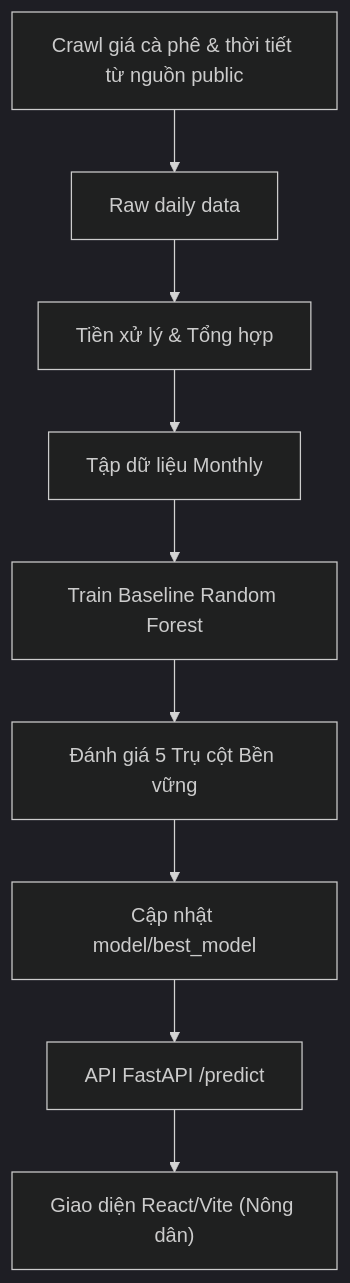
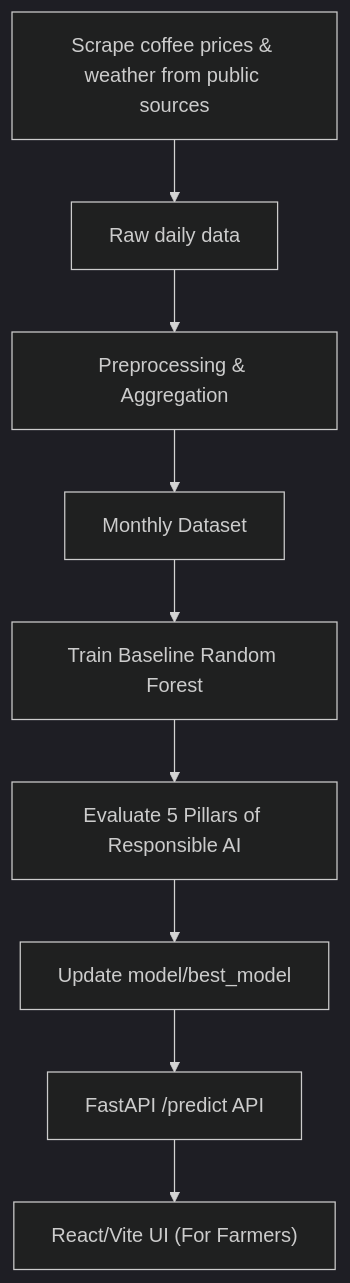
Before and after one commit to uit-25730067-chithanh/AI002-Team22-DT10: the diagram in README.md, drawn with Mermaid (dark theme). The commit also changed other lines of this file and 1 other file, not shown here.

````diff
--- a/README.md
+++ b/README.md
@@ -196,14 +205,14 @@
 ```mermaid
 flowchart TD
-    A["Crawl giá cà phê & thời tiết từ nguồn public"] --> B["Raw daily data"]
+    A["Scrape coffee prices & weather from public sources"] --> B["Raw daily data"]
 
-    B --> G["Tiền xử lý & Tổng hợp"]
+    B --> G["Preprocessing & Aggregation"]
 
-    G --> I["Tập dữ liệu Monthly"]
+    G --> I["Monthly Dataset"]
     I --> M["Train Baseline Random Forest"]
 
-    M --> N["Đánh giá 5 Trụ cột Bền vững"]
-    N --> O["Cập nhật model/best_model"]
-    O --> P["API FastAPI /predict"]
-    P --> Q["Giao diện React/Vite (Nông dân)"]
+    M --> N["Evaluate 5 Pillars of Responsible AI"]
+    N --> O["Update model/best_model"]
+    O --> P["FastAPI /predict API"]
+    P --> Q["React/Vite UI (For Farmers)"]
 ```
````
